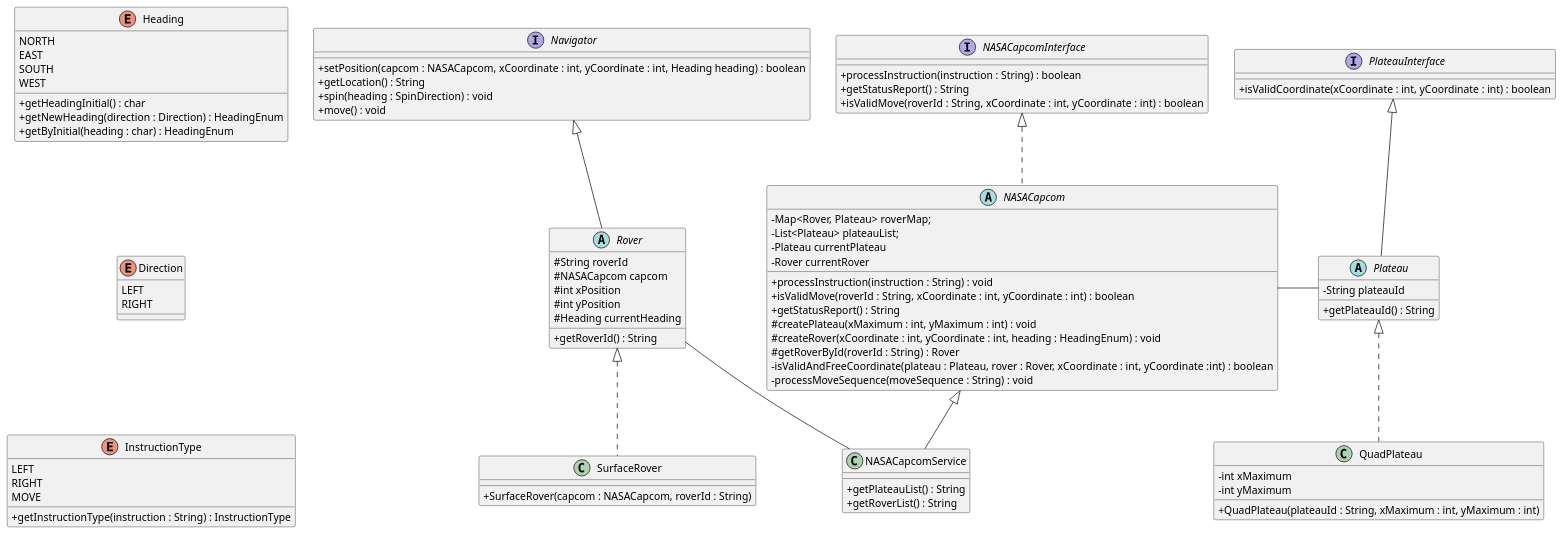
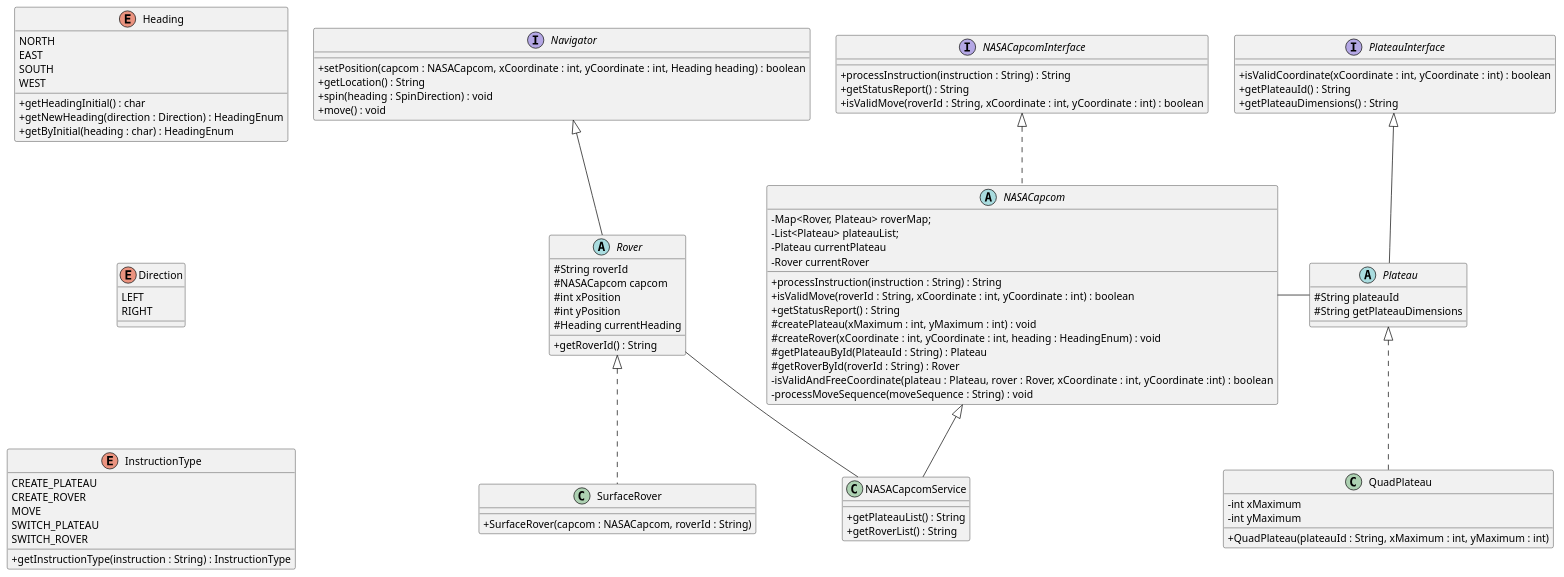
Before and after one commit to probert999/mars-rover: the diagram in uml/MarsRoverClassDiagram.puml, drawn with PlantUML. The commit also changed 14 other files, not shown here.

Commit message:
Added ability to switch between plateaus and rovers.  Updated UML

```diff
--- a/uml/MarsRoverClassDiagram.puml
+++ b/uml/MarsRoverClassDiagram.puml
@@ -1,103 +1,108 @@
 @startuml
 skinparam classAttributeIconSize 0
 
 interface Navigator {
     + setPosition(capcom : NASACapcom, xCoordinate : int, yCoordinate : int, Heading heading) : boolean
     + getLocation() : String
     + spin(heading : SpinDirection) : void
     + move() : void
 }
 
 abstract class Rover extends Navigator  {
   # String roverId
   # NASACapcom capcom
   # int xPosition
   # int yPosition
   # Heading currentHeading
 
   + getRoverId() : String
 }
 
 class SurfaceRover implements Rover  {
     + SurfaceRover(capcom : NASACapcom, roverId : String)
 }
 
 interface PlateauInterface  {
    + isValidCoordinate(xCoordinate : int, yCoordinate : int) : boolean
+   + getPlateauId() : String
+   + getPlateauDimensions() : String
 }
 
 abstract class Plateau extends PlateauInterface {
-  - String plateauId
-  + getPlateauId() : String
+  # String plateauId
+  # String getPlateauDimensions
 }
 
 class QuadPlateau implements Plateau {
   - int xMaximum
   - int yMaximum
 
    + QuadPlateau(plateauId : String, xMaximum : int, yMaximum : int)
 }
 
 
 enum Heading
 {
 NORTH
 EAST
 SOUTH
 WEST
 + getHeadingInitial() : char
 + getNewHeading(direction : Direction) : HeadingEnum
 + getByInitial(heading : char) : HeadingEnum
 }
 
 enum Direction
 {
 LEFT
 RIGHT
 }
 
 enum InstructionType
 {
-LEFT
-RIGHT
+CREATE_PLATEAU
+CREATE_ROVER
 MOVE
+SWITCH_PLATEAU
+SWITCH_ROVER
 + getInstructionType(instruction : String) : InstructionType
 }
 
 interface NASACapcomInterface {
-  + processInstruction(instruction : String) : boolean
+  + processInstruction(instruction : String) : String
   + getStatusReport() : String
   + isValidMove(roverId : String, xCoordinate : int, yCoordinate : int) : boolean
 }
 
 abstract class NASACapcom implements NASACapcomInterface {
   - Map<Rover, Plateau> roverMap;
   - List<Plateau> plateauList;
   - Plateau currentPlateau
   - Rover currentRover
 
-  + processInstruction(instruction : String) : void
+  + processInstruction(instruction : String) : String
   + isValidMove(roverId : String, xCoordinate : int, yCoordinate : int) : boolean
   + getStatusReport() : String
   # createPlateau(xMaximum : int, yMaximum : int) : void
   # createRover(xCoordinate : int, yCoordinate : int, heading : HeadingEnum) : void
+  # getPlateauById(PlateauId : String) : Plateau
   # getRoverById(roverId : String) : Rover
   - isValidAndFreeCoordinate(plateau : Plateau, rover : Rover, xCoordinate : int, yCoordinate :int) : boolean
   - processMoveSequence(moveSequence : String) : void
 }
 
 class NASACapcomService extends NASACapcom
 {
   + getPlateauList() : String
   + getRoverList() : String
 }
 
 NASACapcom - Plateau
 Rover -- NASACapcomService
 
 
 Heading -[hidden] Navigator
 Heading -[hidden]d-> Direction
 Direction -[hidden]d-> InstructionType
 
 @enduml
```
